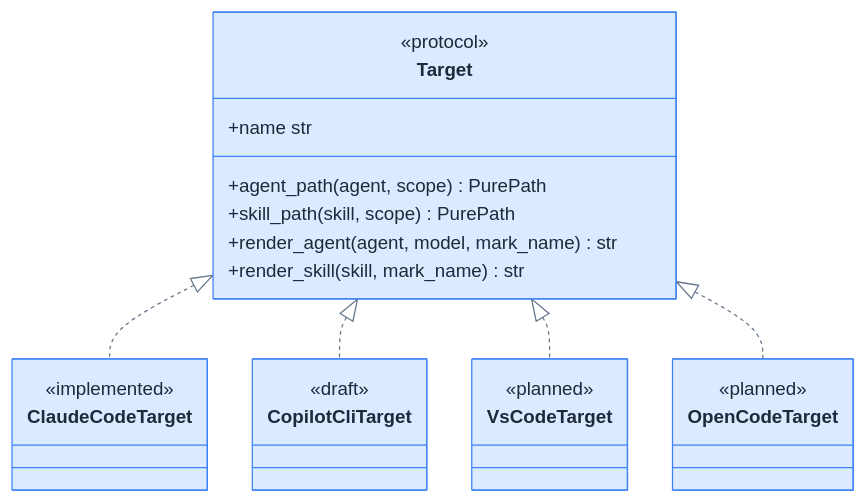
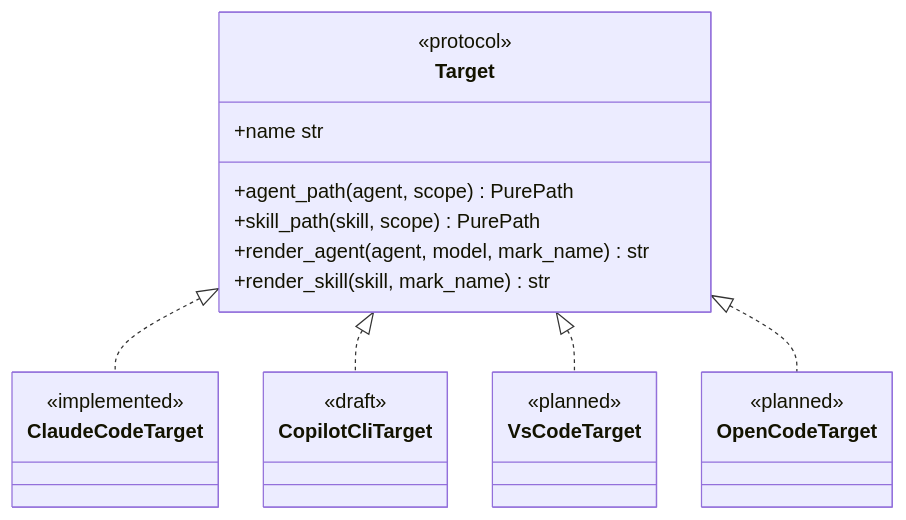
Before and after one commit to HW-Agents-Forge/general-agents: the second of 2 diagrams in docs/architecture.md, drawn with Mermaid. The commit also changed other lines of this file and 9 other files, not shown here.

First line of the commit message:
Make the Mermaid diagrams transparent and theme-aware

````diff
--- a/docs/architecture.md
+++ b/docs/architecture.md
@@ -83,29 +83,29 @@
 ```mermaid
-%%{init: {"theme":"base","themeVariables":{"fontFamily":"ui-sans-serif, system-ui, -apple-system, Segoe UI, Helvetica, Arial, sans-serif","fontSize":"15px","textColor":"#1e293b","lineColor":"#64748b","primaryColor":"#dbeafe","primaryBorderColor":"#3b82f6","primaryTextColor":"#1e3a8a","secondaryColor":"#ede9fe","tertiaryColor":"#f8fafc","edgeLabelBackground":"#f8fafc","clusterBkg":"#f8fafc","clusterBorder":"#cbd5e1","titleColor":"#334155"},"flowchart":{"curve":"basis","padding":14,"nodeSpacing":36,"rankSpacing":48,"htmlLabels":true}}}%%
+%%{init: {"flowchart":{"curve":"basis","padding":14,"nodeSpacing":36,"rankSpacing":48}}}%%
 classDiagram
     direction TB
     class Target {
         <<protocol>>
         +name str
         +agent_path(agent, scope) PurePath
         +skill_path(skill, scope) PurePath
         +render_agent(agent, model, mark_name) str
         +render_skill(skill, mark_name) str
     }
     class ClaudeCodeTarget {
         <<implemented>>
     }
     class CopilotCliTarget {
         <<draft>>
     }
     class VsCodeTarget {
         <<planned>>
     }
     class OpenCodeTarget {
         <<planned>>
     }
     Target <|.. ClaudeCodeTarget
     Target <|.. CopilotCliTarget
     Target <|.. VsCodeTarget
     Target <|.. OpenCodeTarget
 ```
````
